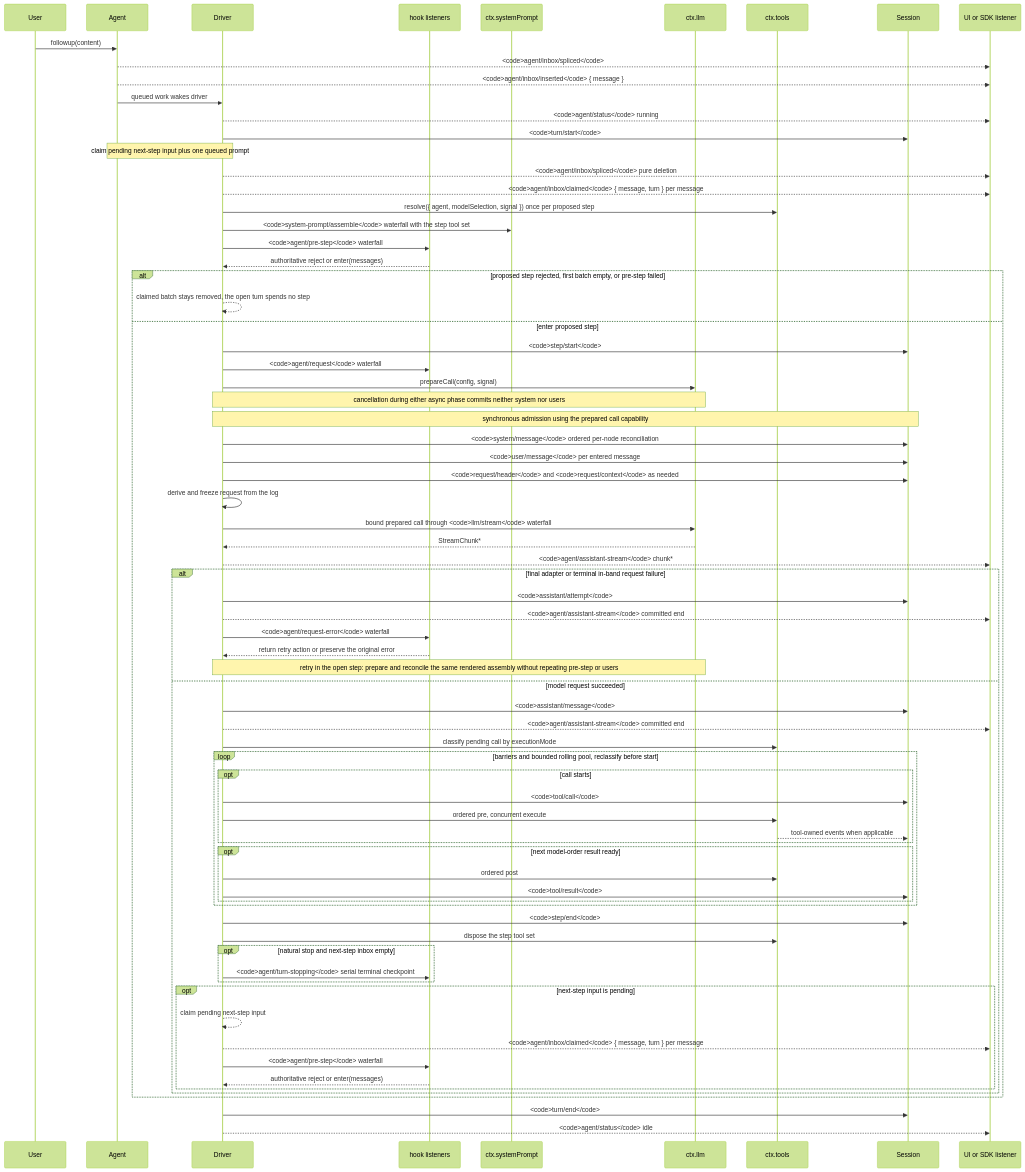
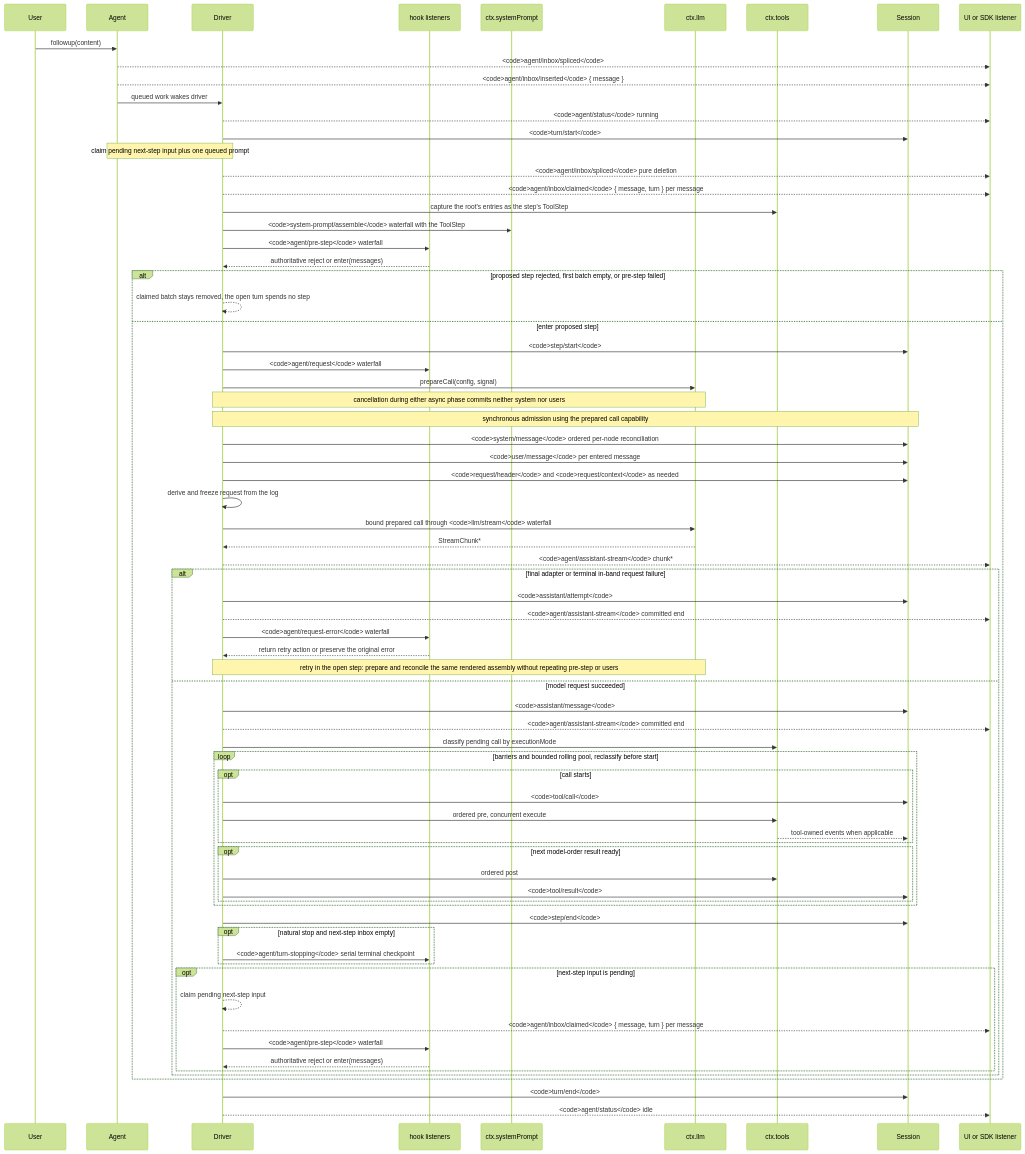
The diagram in docs/agent-lifecycle.md (deepseek-ai/deepseek-harness), drawn with Mermaid (forest theme) before and after one commit. The commit also changed 760 other files, not shown here.

````diff
--- a/docs/agent-lifecycle.md
+++ b/docs/agent-lifecycle.md
@@ -8,76 +8,75 @@
 ```mermaid
 sequenceDiagram
   participant User
   participant Agent
   participant Driver
   participant Hooks as hook listeners
   participant Prompt as ctx.systemPrompt
   participant LLM as ctx.llm
   participant Tools as ctx.tools
   participant Session
   participant SDK as UI or SDK listener
   User->>Agent: followup(content)
   Agent-->>SDK: <code>agent/inbox/spliced</code>
   Agent-->>SDK: <code>agent/inbox/inserted</code> { message }
   Agent->>Driver: queued work wakes driver
   Driver-->>SDK: <code>agent/status</code> running
   Driver->>Session: <code>turn/start</code>
   Note over Agent,Driver: claim pending next-step input plus one queued prompt
   Driver-->>SDK: <code>agent/inbox/spliced</code> pure deletion
   Driver-->>SDK: <code>agent/inbox/claimed</code> { message, turn } per message
-  Driver->>Tools: resolve({ agent, modelSelection, signal }) once per proposed step
-  Driver->>Prompt: <code>system-prompt/assemble</code> waterfall with the step tool set
+  Driver->>Tools: capture the root's entries as the step's ToolStep
+  Driver->>Prompt: <code>system-prompt/assemble</code> waterfall with the ToolStep
   Driver->>Hooks: <code>agent/pre-step</code> waterfall
   Hooks-->>Driver: authoritative reject or enter(messages)
   alt proposed step rejected, first batch empty, or pre-step failed
     Driver-->>Driver: claimed batch stays removed, the open turn spends no step
   else enter proposed step
   Driver->>Session: <code>step/start</code>
   Driver->>Hooks: <code>agent/request</code> waterfall
   Driver->>LLM: prepareCall(config, signal)
   Note over Driver,LLM: cancellation during either async phase commits neither system nor users
   Note over Driver,Session: synchronous admission using the prepared call capability
   Driver->>Session: <code>system/message</code> ordered per-node reconciliation
   Driver->>Session: <code>user/message</code> per entered message
   Driver->>Session: <code>request/header</code> and <code>request/context</code> as needed
   Driver->>Driver: derive and freeze request from the log
   Driver->>LLM: bound prepared call through <code>llm/stream</code> waterfall
   LLM-->>Driver: StreamChunk*
   Driver-->>SDK: <code>agent/assistant-stream</code> chunk*
   alt final adapter or terminal in-band request failure
     Driver->>Session: <code>assistant/attempt</code>
     Driver-->>SDK: <code>agent/assistant-stream</code> committed end
     Driver->>Hooks: <code>agent/request-error</code> waterfall
     Hooks-->>Driver: return retry action or preserve the original error
     Note over Driver,LLM: retry in the open step: prepare and reconcile the same rendered assembly without repeating pre-step or users
   else model request succeeded
   Driver->>Session: <code>assistant/message</code>
   Driver-->>SDK: <code>agent/assistant-stream</code> committed end
   Driver->>Tools: classify pending call by executionMode
   loop barriers and bounded rolling pool, reclassify before start
     opt call starts
       Driver->>Session: <code>tool/call</code>
       Driver->>Tools: ordered pre, concurrent execute
       Tools-->>Session: tool-owned events when applicable
     end
     opt next model-order result ready
       Driver->>Tools: ordered post
       Driver->>Session: <code>tool/result</code>
     end
   end
   Driver->>Session: <code>step/end</code>
-  Driver->>Tools: dispose the step tool set
   opt natural stop and next-step inbox empty
     Driver->>Hooks: <code>agent/turn-stopping</code> serial terminal checkpoint
   end
   opt next-step input is pending
     Driver-->>Driver: claim pending next-step input
     Driver-->>SDK: <code>agent/inbox/claimed</code> { message, turn } per message
     Driver->>Hooks: <code>agent/pre-step</code> waterfall
     Hooks-->>Driver: authoritative reject or enter(messages)
   end
   end
   end
   Driver->>Session: <code>turn/end</code>
   Driver-->>SDK: <code>agent/status</code> idle
 ```
````
